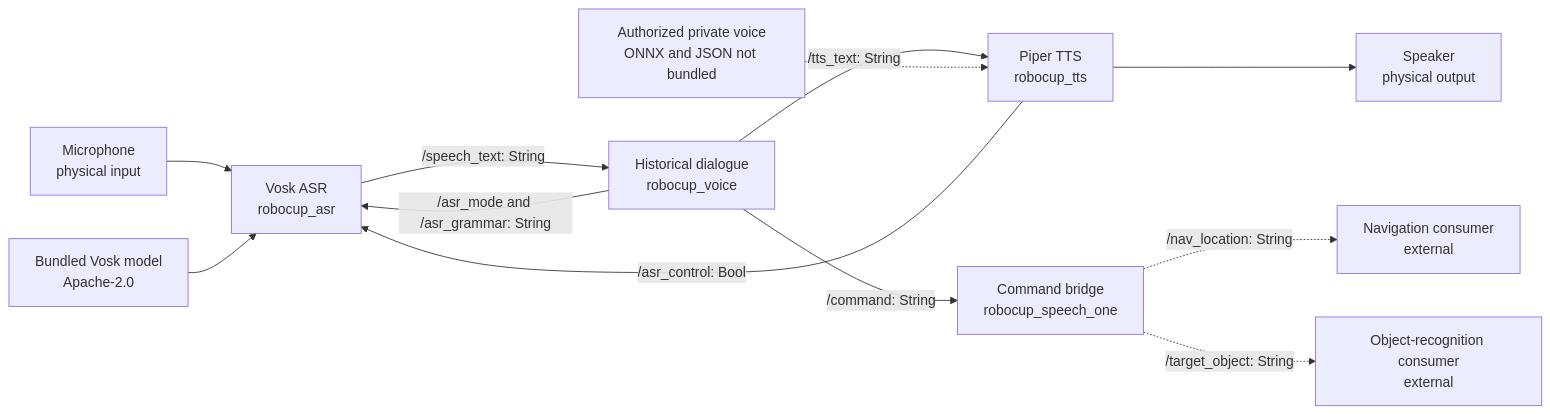
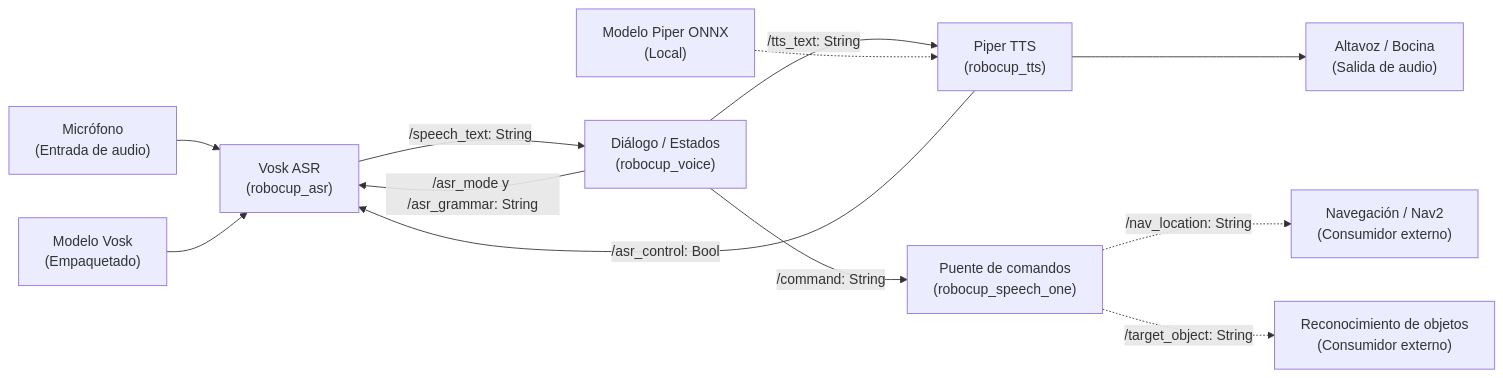
The diagram in README.md (Rachkitty/robocup-at-home-voice-2027), drawn with Mermaid before and after one commit. The commit also changed other lines of this file, not shown here.

````diff
--- a/README.md
+++ b/README.md
@@ -41,14 +140,14 @@
 ```mermaid
 flowchart LR
-    Mic["Microphone<br/>physical input"] --> ASR["Vosk ASR<br/>robocup_asr"]
-    Model["Bundled Vosk model<br/>Apache-2.0"] --> ASR
-    ASR -->|/speech_text: String| Voice["Historical dialogue<br/>robocup_voice"]
-    Voice -->|/tts_text: String| TTS["Piper TTS<br/>robocup_tts"]
-    Private["Authorized private voice<br/>ONNX and JSON not bundled"] -.-> TTS
-    TTS --> Speaker["Speaker<br/>physical output"]
+    Mic["Micrófono<br/>(Entrada de audio)"] --> ASR["Vosk ASR<br/>(robocup_asr)"]
+    Model["Modelo Vosk<br/>(Empaquetado)"] --> ASR
+    ASR -->|/speech_text: String| Voice["Diálogo / Estados<br/>(robocup_voice)"]
+    Voice -->|/tts_text: String| TTS["Piper TTS<br/>(robocup_tts)"]
+    Private["Modelo Piper ONNX<br/>(Local)"] -.-> TTS
+    TTS --> Speaker["Altavoz / Bocina<br/>(Salida de audio)"]
     TTS -->|/asr_control: Bool| ASR
-    Voice -->|/asr_mode and /asr_grammar: String| ASR
-    Voice -->|/command: String| Bridge["Command bridge<br/>robocup_speech_one"]
-    Bridge -.->|/nav_location: String| Nav["Navigation consumer<br/>external"]
-    Bridge -.->|/target_object: String| Object["Object-recognition consumer<br/>external"]
+    Voice -->|/asr_mode y /asr_grammar: String| ASR
+    Voice -->|/command: String| Bridge["Puente de comandos<br/>(robocup_speech_one)"]
+    Bridge -.->|/nav_location: String| Nav["Navegación / Nav2<br/>(Consumidor externo)"]
+    Bridge -.->|/target_object: String| Object["Reconocimiento de objetos<br/>(Consumidor externo)"]
 ```
````
